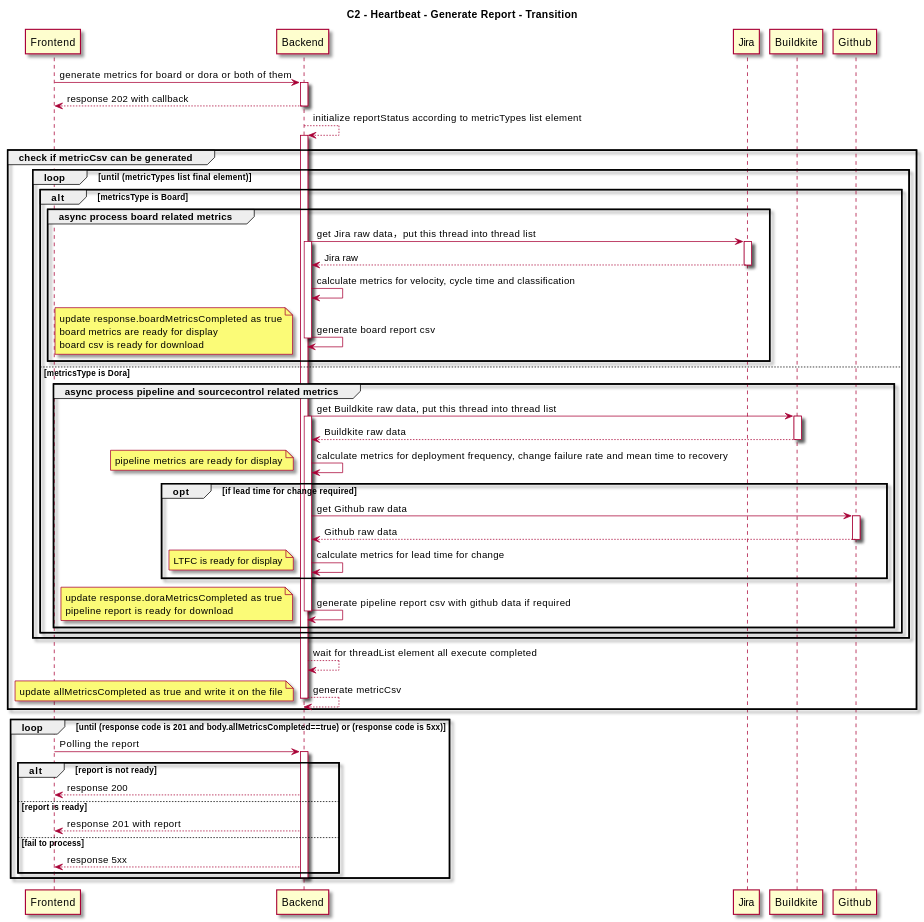
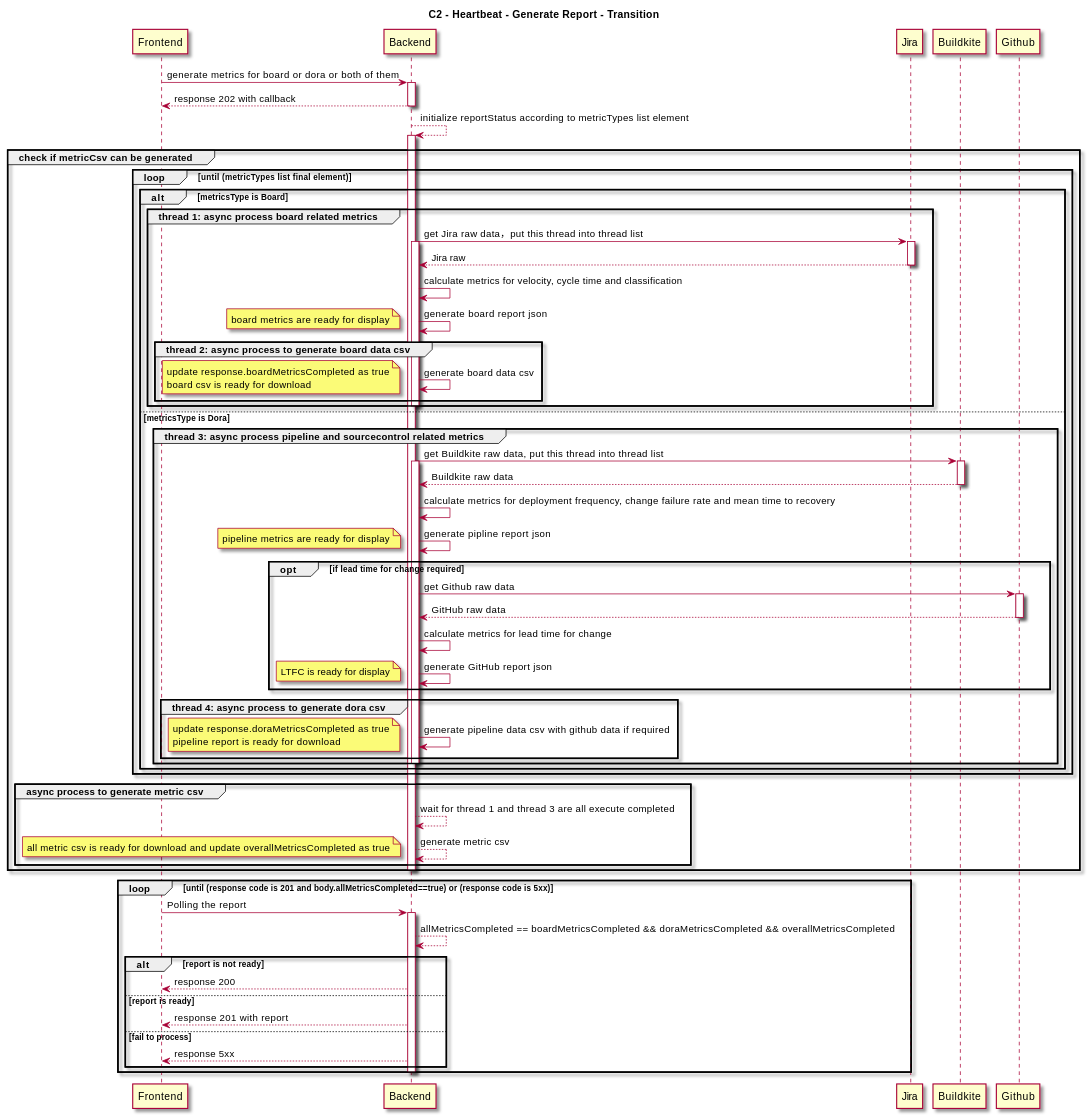
The second of 2 diagrams in docs/src/content/docs/en/designs/optimize-generate-report.mdx (au-heartbeat/Heartbeat), drawn with PlantUML before and after one commit. The commit also changed 3 other files, not shown here.

```diff
--- a/docs/src/content/docs/en/designs/optimize-generate-report.mdx
+++ b/docs/src/content/docs/en/designs/optimize-generate-report.mdx
@@ -117,65 +117,75 @@
 loop until (metricTypes list final element)
     
     alt metricsType is Board
-        group async process board related metrics
+        group thread 1: async process board related metrics
             Backend -> Jira: get Jira raw data，put this thread into thread list
             activate Backend
             activate Jira
             Jira --> Backend: Jira raw 
             deactivate Jira
             Backend -> Backend: calculate metrics for velocity, cycle time and classification
-            Backend -> Backend: generate board report csv
+            Backend -> Backend: generate board report json
+            note left
+                board metrics are ready for display
+            end note
+            group thread 2: async process to generate board data csv
+              Backend -> Backend: generate board data csv
+              note left
+                update response.boardMetricsCompleted as true
+                board csv is ready for download
+              end note
+            end
             deactivate Backend
-            note left
-                update response.boardMetricsCompleted as true
-                board metrics are ready for display
-                board csv is ready for download
-            end note
         end
-        
-        
     else metricsType is Dora
-        group async process pipeline and sourcecontrol related metrics
+        group thread 3: async process pipeline and sourcecontrol related metrics
             Backend -> Buildkite: get Buildkite raw data, put this thread into thread list
             activate Backend
             activate Buildkite
             Buildkite --> Backend: Buildkite raw data
             deactivate Buildkite
             Backend -> Backend: calculate metrics for deployment frequency, change failure rate and mean time to recovery
+            Backend -> Backend: generate pipline report json
             note left
                 pipeline metrics are ready for display
             end note
             opt if lead time for change required
                 Backend -> Github: get Github raw data
                 activate  Github
-                Github --> Backend: Github raw data
+                Github --> Backend: GitHub raw data
                 deactivate Github
                 Backend -> Backend: calculate metrics for lead time for change
+                Backend -> Backend: generate GitHub report json
                 note left
                     LTFC is ready for display
                 end note
             end
-            Backend -> Backend: generate pipeline report csv with github data if required
-            note left
-                update response.doraMetricsCompleted as true
-                pipeline report is ready for download
-            end note
+            group thread 4: async process to generate dora csv
+                Backend -> Backend: generate pipeline data csv with github data if required
+              note left
+                  update response.doraMetricsCompleted as true
+                  pipeline report is ready for download
+              end note
+            end
             deactivate Backend
         end
     end
    end
      
-     Backend --> Backend: wait for threadList element all execute completed
-     Backend --> Backend: generate metricCsv
-     note left
-     update allMetricsCompleted as true and write it on the file
-     end note
+  group async process to generate metric csv
+       Backend --> Backend: wait for thread 1 and thread 3 are all execute completed
+       Backend --> Backend: generate metric csv
+       note left
+          all metric csv is ready for download and update overallMetricsCompleted as true
+       end note
+  end
     deactivate Backend
 end 
 
-loop until (response code is 201 and body.allMetricsCompleted==true) or (response code is 5xx) 
+loop until (response code is 201 and body.allMetricsCompleted==true) or (response code is 5xx)
     Frontend -> Backend: Polling the report
     activate Backend
+    Backend --> Backend: allMetricsCompleted == boardMetricsCompleted && doraMetricsCompleted && overallMetricsCompleted
     alt report is not ready
         Backend --> Frontend: response 200
     else report is ready
```
